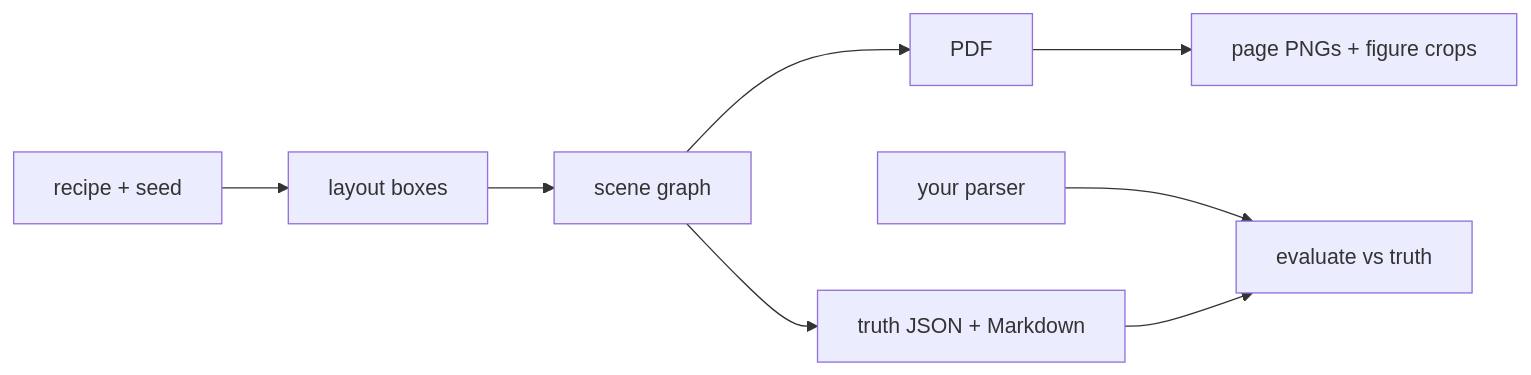
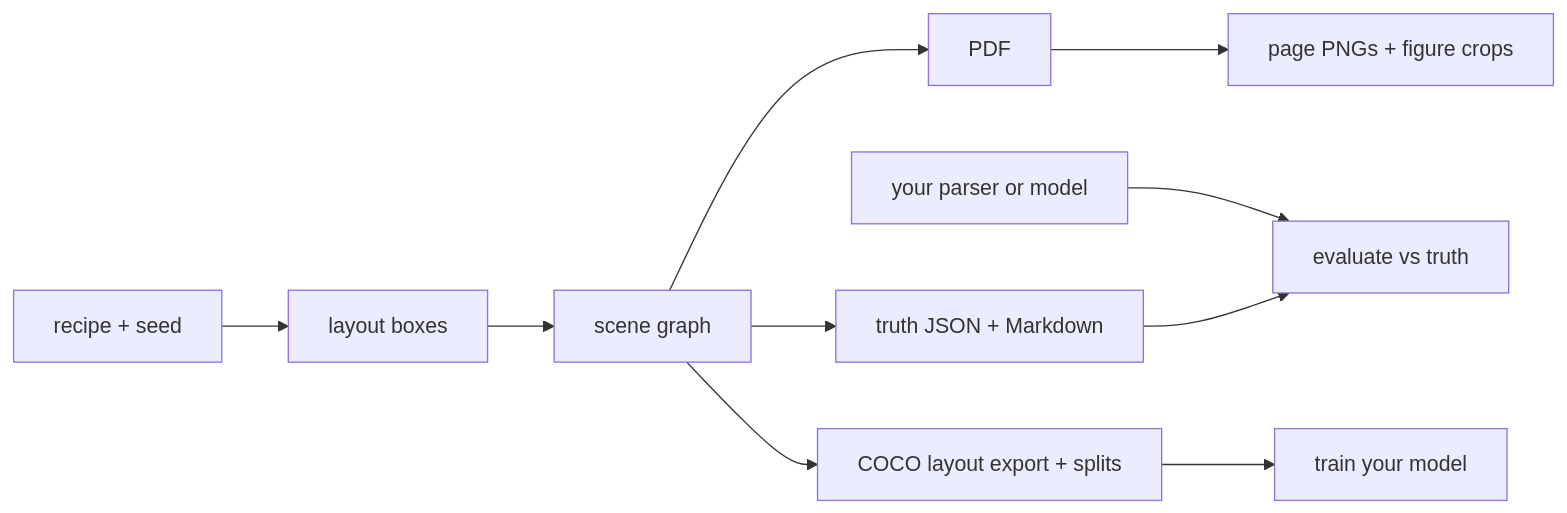
The diagram in README.md (leejianrong/synthetic-pdf-bench), drawn with Mermaid before and after one commit. The commit also changed other lines of this file and 2 other files, not shown here.

Commit message:
Lead with training-data positioning in README, roadmap and AGENTS.md (#9)

````diff
--- a/README.md
+++ b/README.md
@@ -7,9 +7,10 @@
 ```mermaid
 flowchart LR
   A[recipe + seed] --> B[layout boxes] --> C[scene graph]
   C --> D[PDF]
   C --> E[truth JSON + Markdown]
   D --> F[page PNGs + figure crops]
-  P[your parser] --> G[evaluate vs truth]
+  C --> H[COCO layout export + splits] --> T[train your model]
+  P[your parser or model] --> G[evaluate vs truth]
   E --> G
 ```
````
